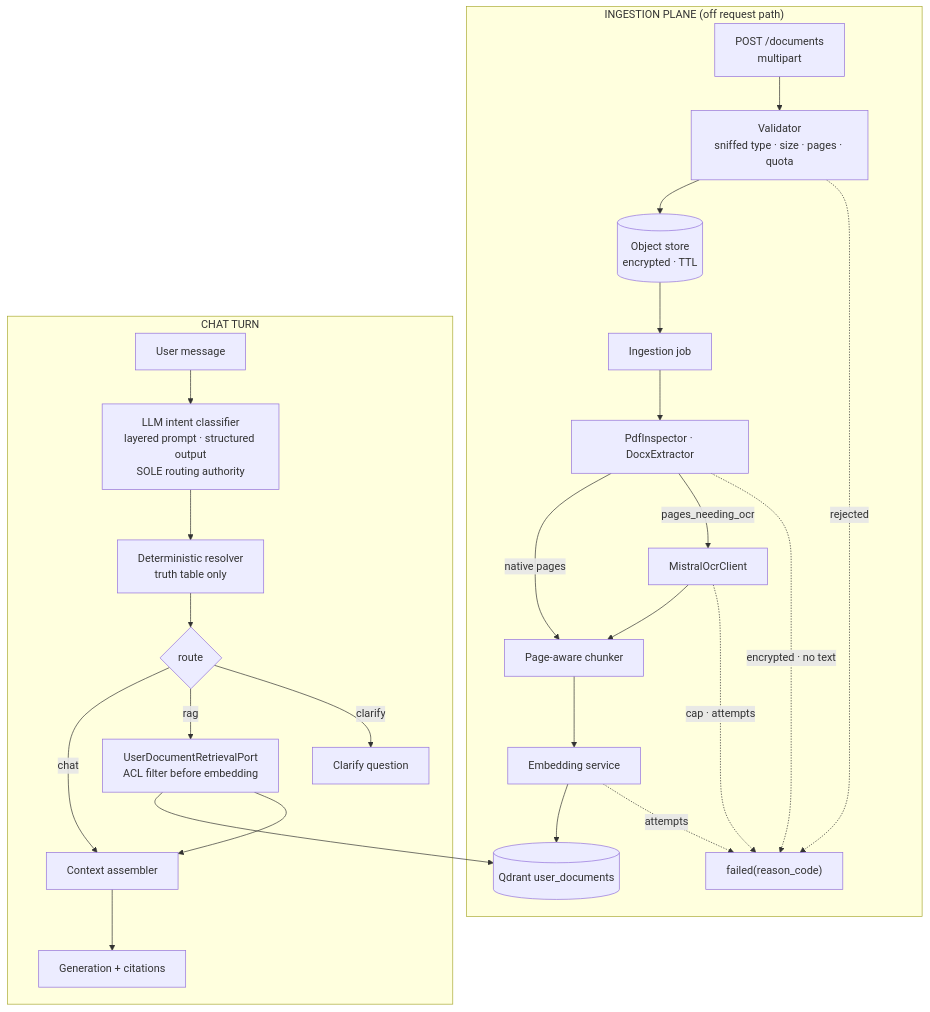
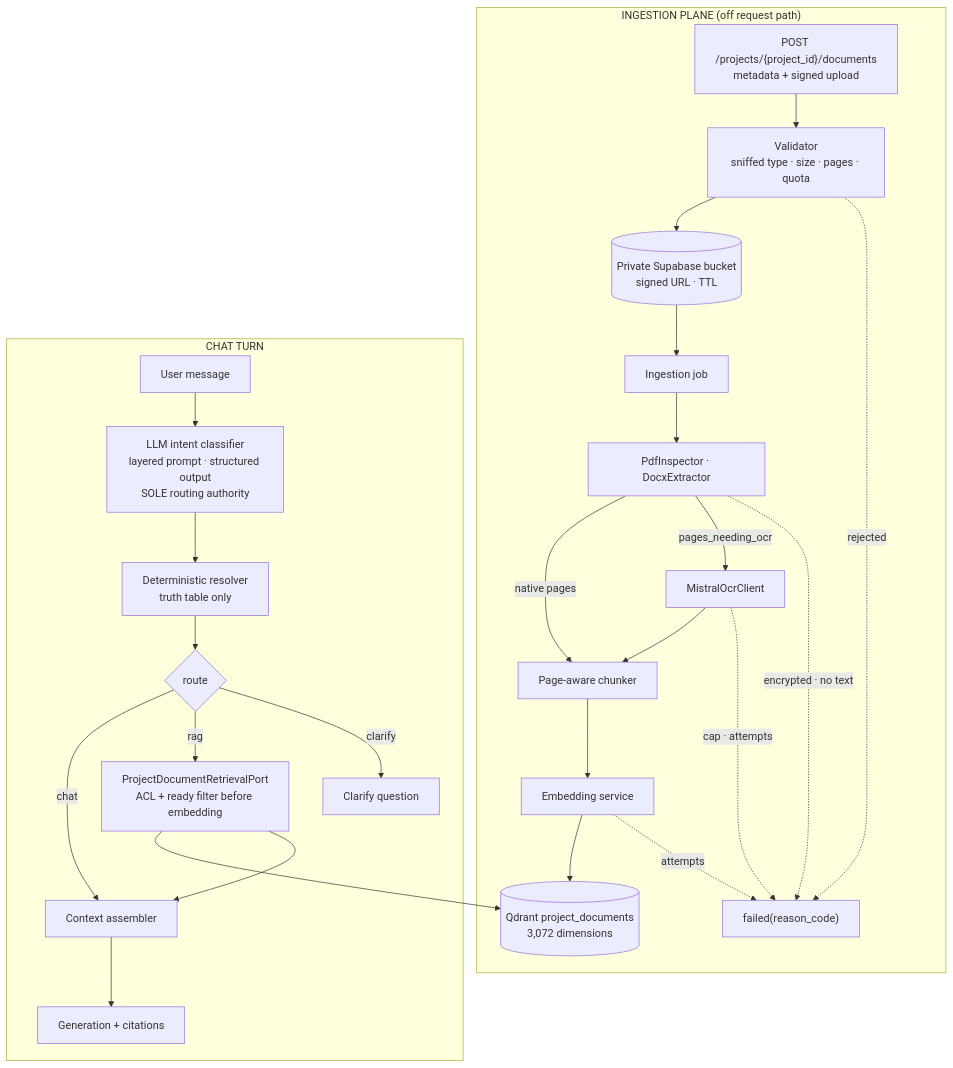
One commit to MathematicGuy/EMAIL-AGENT-v1 changed the diagram in tasks/specs/SPEC-chat-with-user-documents.md. Above: the diagram before and after it, drawn with Mermaid. The commit also changed other lines of this file and 61 other files, not shown here.

First line of the commit message:
feat(project-documents): unify canonical document RAG pipeline

````diff
--- a/tasks/specs/SPEC-chat-with-user-documents.md
+++ b/tasks/specs/SPEC-chat-with-user-documents.md
@@ -69,41 +64,41 @@
 ```mermaid
 flowchart TB
     subgraph INGEST["INGESTION PLANE (off request path)"]
-        UP["POST /documents<br/>multipart"]
+        UP["POST /projects/{project_id}/documents<br/>metadata + signed upload"]
         VALID["Validator<br/>sniffed type · size · pages · quota"]
-        OBJ[("Object store<br/>encrypted · TTL")]
+        OBJ[("Private Supabase bucket<br/>signed URL · TTL")]
         JOB["Ingestion job"]
         DETECT["PdfInspector · DocxExtractor"]
         OCR["MistralOcrClient"]
         CHUNK["Page-aware chunker"]
         EMBED["Embedding service"]
-        QIDX[("Qdrant user_documents")]
+        QIDX[("Qdrant project_documents<br/>3,072 dimensions")]
         FAIL["failed(reason_code)"]
     end
 
     UP --> VALID --> OBJ --> JOB --> DETECT
     DETECT -->|native pages| CHUNK
     DETECT -->|pages_needing_ocr| OCR --> CHUNK
     CHUNK --> EMBED --> QIDX
     VALID -. rejected .-> FAIL
     DETECT -. encrypted · no text .-> FAIL
     OCR -. cap · attempts .-> FAIL
     EMBED -. attempts .-> FAIL
 
     subgraph TURN["CHAT TURN"]
         MSG["User message"]
         CLS["LLM intent classifier<br/>layered prompt · structured output<br/>SOLE routing authority"]
         RES["Deterministic resolver<br/>truth table only"]
         ROUTE{"route"}
-        RETR["UserDocumentRetrievalPort<br/>ACL filter before embedding"]
+        RETR["ProjectDocumentRetrievalPort<br/>ACL + ready filter before embedding"]
         CTX["Context assembler"]
         GEN["Generation + citations"]
         CLARIFY["Clarify question"]
     end
 
     MSG --> CLS --> RES --> ROUTE
     ROUTE -->|chat| CTX
     ROUTE -->|rag| RETR --> QIDX
     RETR --> CTX --> GEN
     ROUTE -->|clarify| CLARIFY
 ```
````
